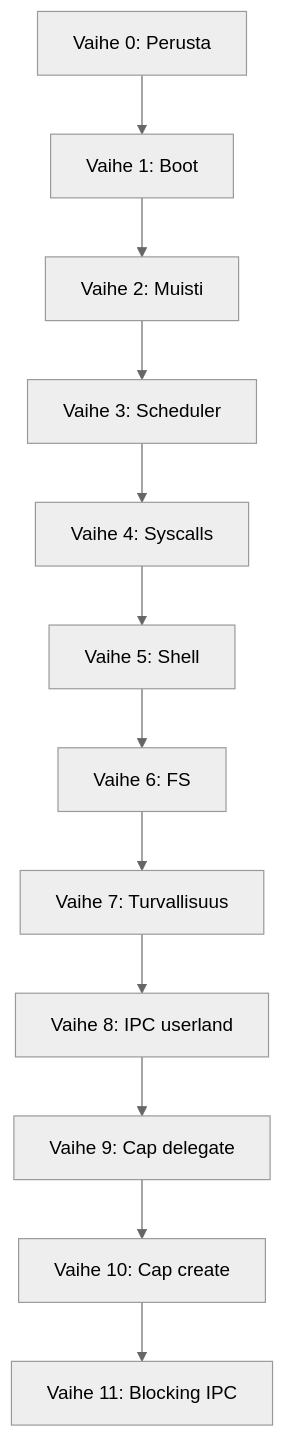
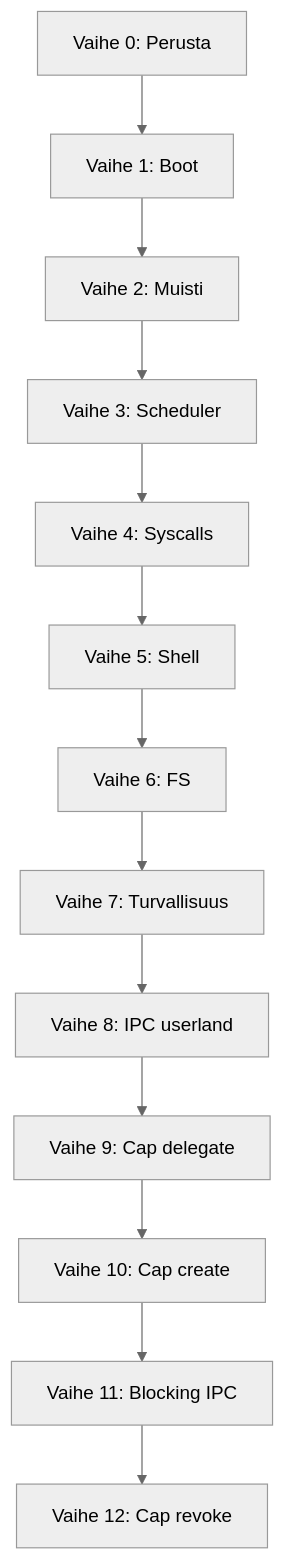
One commit to Mikko-Huuskonen-Pro/Zinux changed the diagram in docs/ROADMAP.md. Above: the diagram before and after it, drawn with Mermaid (neutral theme). The commit also changed other lines of this file and 16 other files, not shown here.

````diff
--- a/docs/ROADMAP.md
+++ b/docs/ROADMAP.md
@@ -214,14 +231,15 @@
 ```mermaid
 graph TD
     V0[Vaihe 0: Perusta] --> V1[Vaihe 1: Boot]
     V1 --> V2[Vaihe 2: Muisti]
     V2 --> V3[Vaihe 3: Scheduler]
     V3 --> V4[Vaihe 4: Syscalls]
     V4 --> V5[Vaihe 5: Shell]
     V5 --> V6[Vaihe 6: FS]
     V6 --> V7[Vaihe 7: Turvallisuus]
     V7 --> V8[Vaihe 8: IPC userland]
     V8 --> V9[Vaihe 9: Cap delegate]
     V9 --> V10[Vaihe 10: Cap create]
     V10 --> V11[Vaihe 11: Blocking IPC]
+    V11 --> V12[Vaihe 12: Cap revoke]
 ```
````
